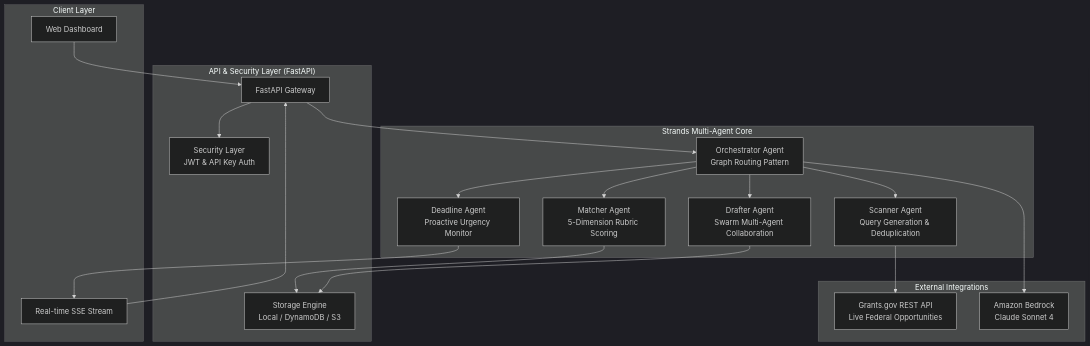
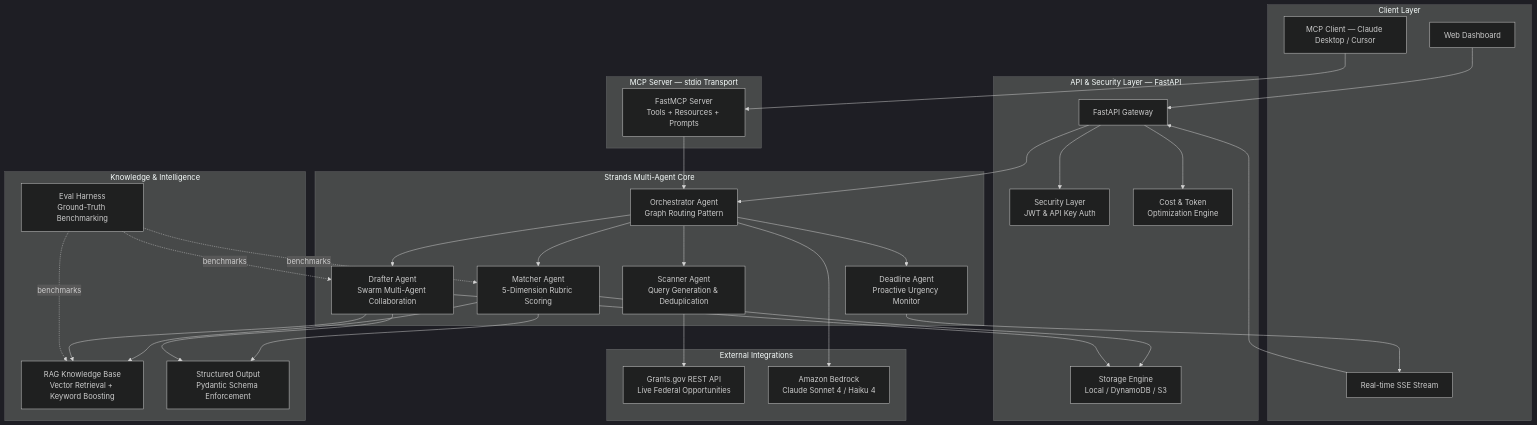
Before and after one commit to GitSuman0699/grantscout: the diagram in README.md, drawn with Mermaid (dark theme). The commit also changed other lines of this file, not shown here.

````diff
--- a/README.md
+++ b/README.md
@@ -22,40 +22,62 @@
 ```mermaid
 graph TD
     subgraph "Client Layer"
         UI[Web Dashboard]
         STREAM[Real-time SSE Stream]
+        MCP_CLIENT[MCP Client — Claude Desktop / Cursor]
     end
 
-    subgraph "API & Security Layer (FastAPI)"
+    subgraph "API & Security Layer — FastAPI"
         API[FastAPI Gateway]
         AUTH[Security Layer<br/>JWT & API Key Auth]
         STORE[Storage Engine<br/>Local / DynamoDB / S3]
+        OPT[Cost & Token<br/>Optimization Engine]
     end
 
     subgraph "Strands Multi-Agent Core"
         ORCH[Orchestrator Agent<br/>Graph Routing Pattern]
         SCAN[Scanner Agent<br/>Query Generation & Deduplication]
         MATCH[Matcher Agent<br/>5-Dimension Rubric Scoring]
         DRAFT[Drafter Agent<br/>Swarm Multi-Agent Collaboration]
         DEADLINE[Deadline Agent<br/>Proactive Urgency Monitor]
     end
 
+    subgraph "Knowledge & Intelligence"
+        RAG[RAG Knowledge Base<br/>Vector Retrieval + Keyword Boosting]
+        SO[Structured Output<br/>Pydantic Schema Enforcement]
+        EVAL[Eval Harness<br/>Ground-Truth Benchmarking]
+    end
+
     subgraph "External Integrations"
         GGOV[Grants.gov REST API<br/>Live Federal Opportunities]
-        BEDROCK[Amazon Bedrock<br/>Claude Sonnet 4]
+        BEDROCK[Amazon Bedrock<br/>Claude Sonnet 4 / Haiku 4]
+    end
+
+    subgraph "MCP Server — stdio Transport"
+        MCP_SRV[FastMCP Server<br/>Tools + Resources + Prompts]
     end
 
     UI --> API
     STREAM --> API
+    MCP_CLIENT --> MCP_SRV
     API --> AUTH
+    API --> OPT
     API --> ORCH
     ORCH --> SCAN
     ORCH --> MATCH
     ORCH --> DRAFT
     ORCH --> DEADLINE
     SCAN --> GGOV
+    MATCH --> RAG
+    MATCH --> SO
+    DRAFT --> RAG
+    DRAFT --> SO
     ORCH --> BEDROCK
     MATCH --> STORE
     DRAFT --> STORE
     DEADLINE --> STREAM
+    MCP_SRV --> ORCH
+    EVAL -.->|benchmarks| MATCH
+    EVAL -.->|benchmarks| DRAFT
+    EVAL -.->|benchmarks| RAG
 ```
````
